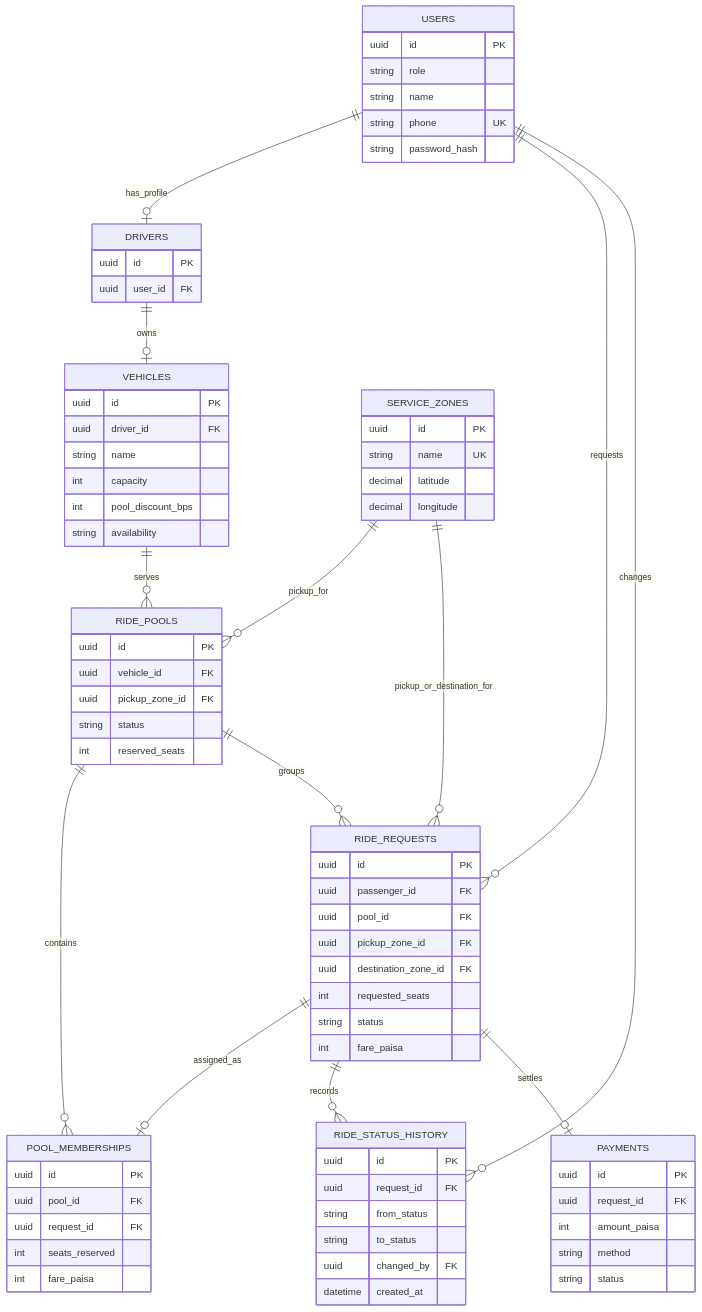
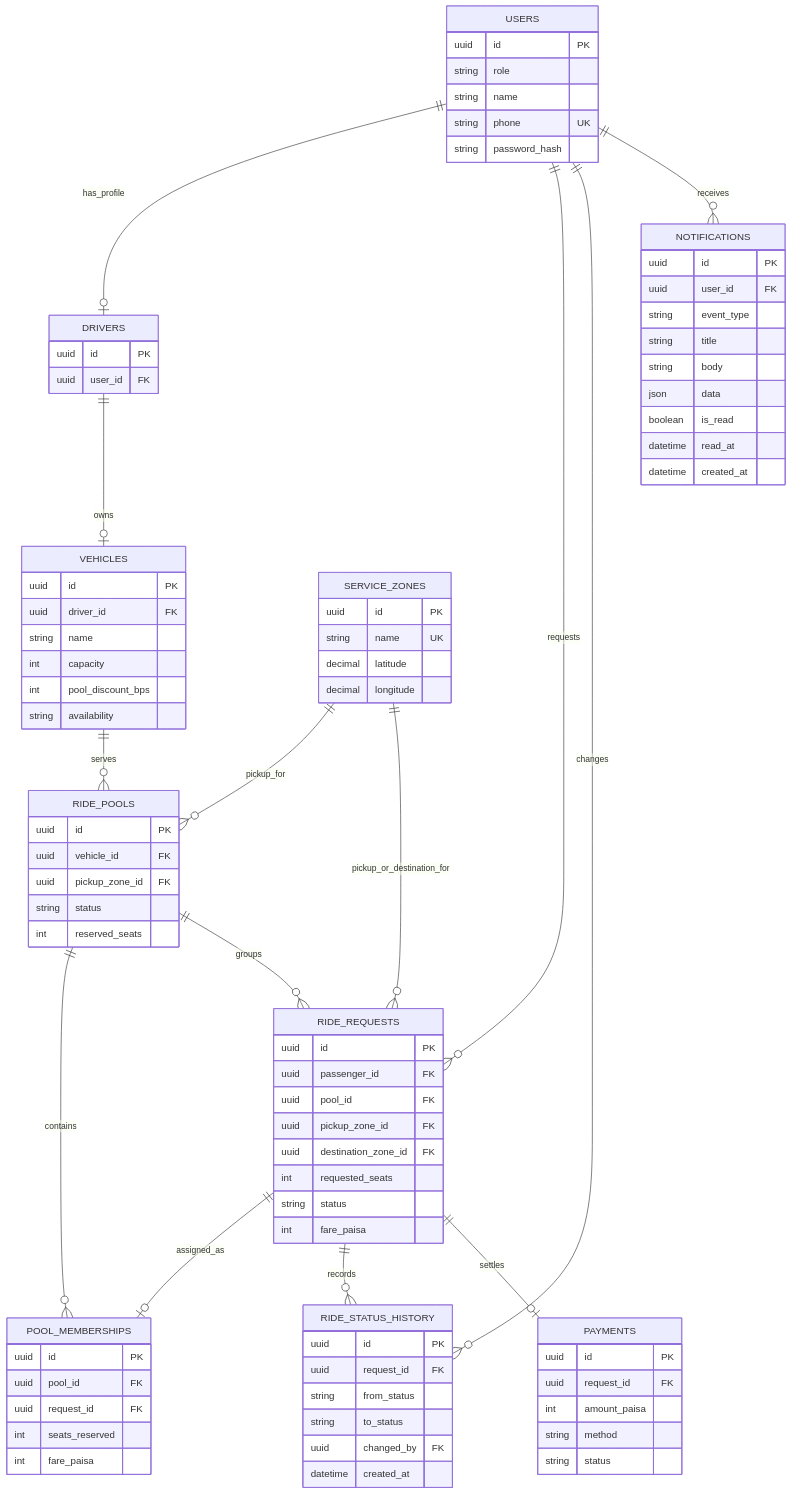
The second of 2 diagrams in docs/architecture.md (MahediHasanRiad/RST-Tesla--Backend-), drawn with Mermaid before and after one commit. The commit also changed 28 other files, not shown here.

````diff
--- a/docs/architecture.md
+++ b/docs/architecture.md
@@ -130,6 +130,17 @@
     uuid changed_by FK
     datetime created_at
   }
+  NOTIFICATIONS {
+    uuid id PK
+    uuid user_id FK
+    string event_type
+    string title
+    string body
+    json data
+    boolean is_read
+    datetime read_at
+    datetime created_at
+  }
   PAYMENTS {
     uuid id PK
     uuid request_id FK
@@ -149,5 +160,6 @@
   RIDE_POOLS ||--o{ RIDE_REQUESTS : groups
   RIDE_REQUESTS ||--o{ RIDE_STATUS_HISTORY : records
   USERS ||--o{ RIDE_STATUS_HISTORY : changes
+  USERS ||--o{ NOTIFICATIONS : receives
   RIDE_REQUESTS ||--o| PAYMENTS : settles
 ```
````
